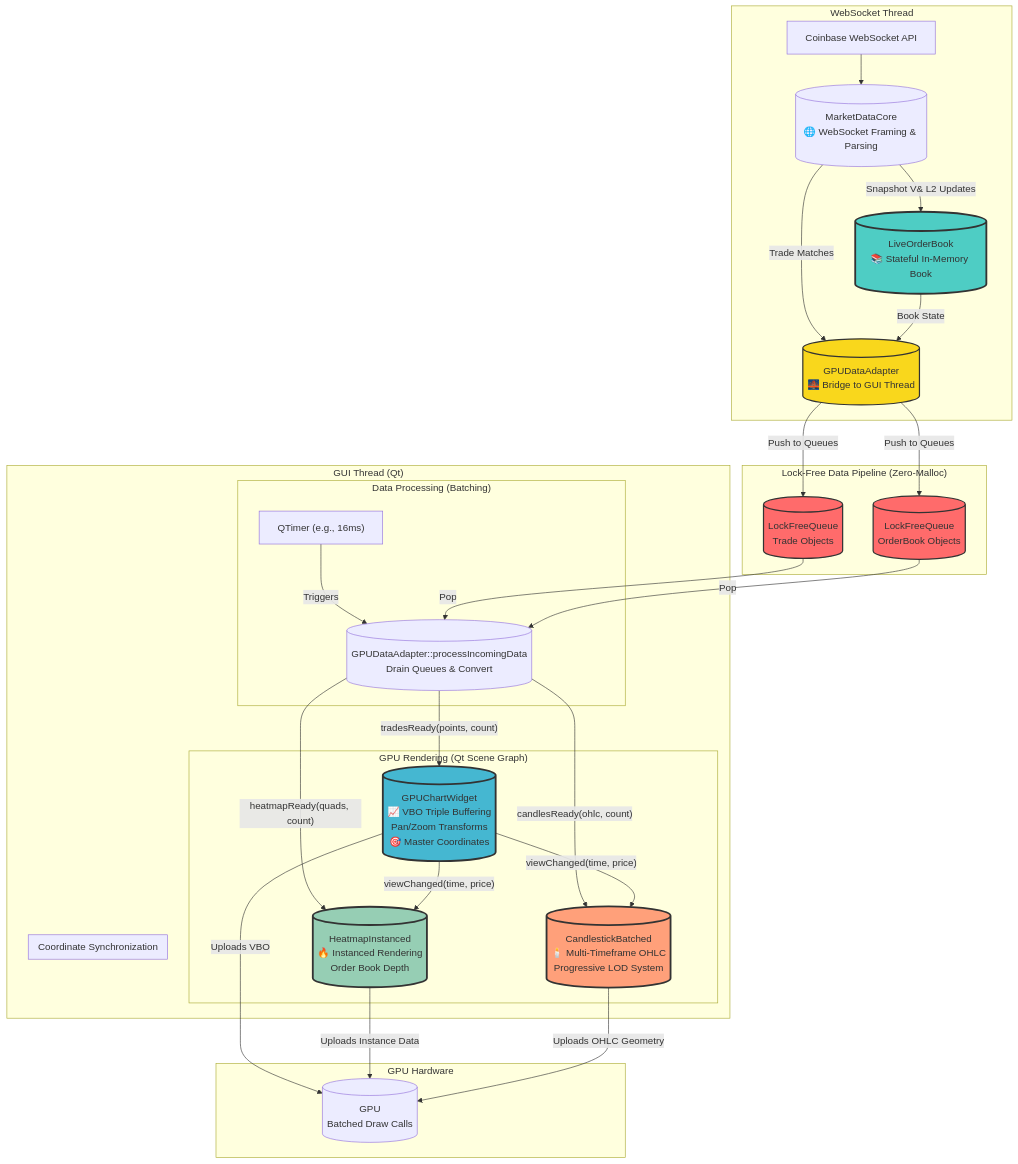
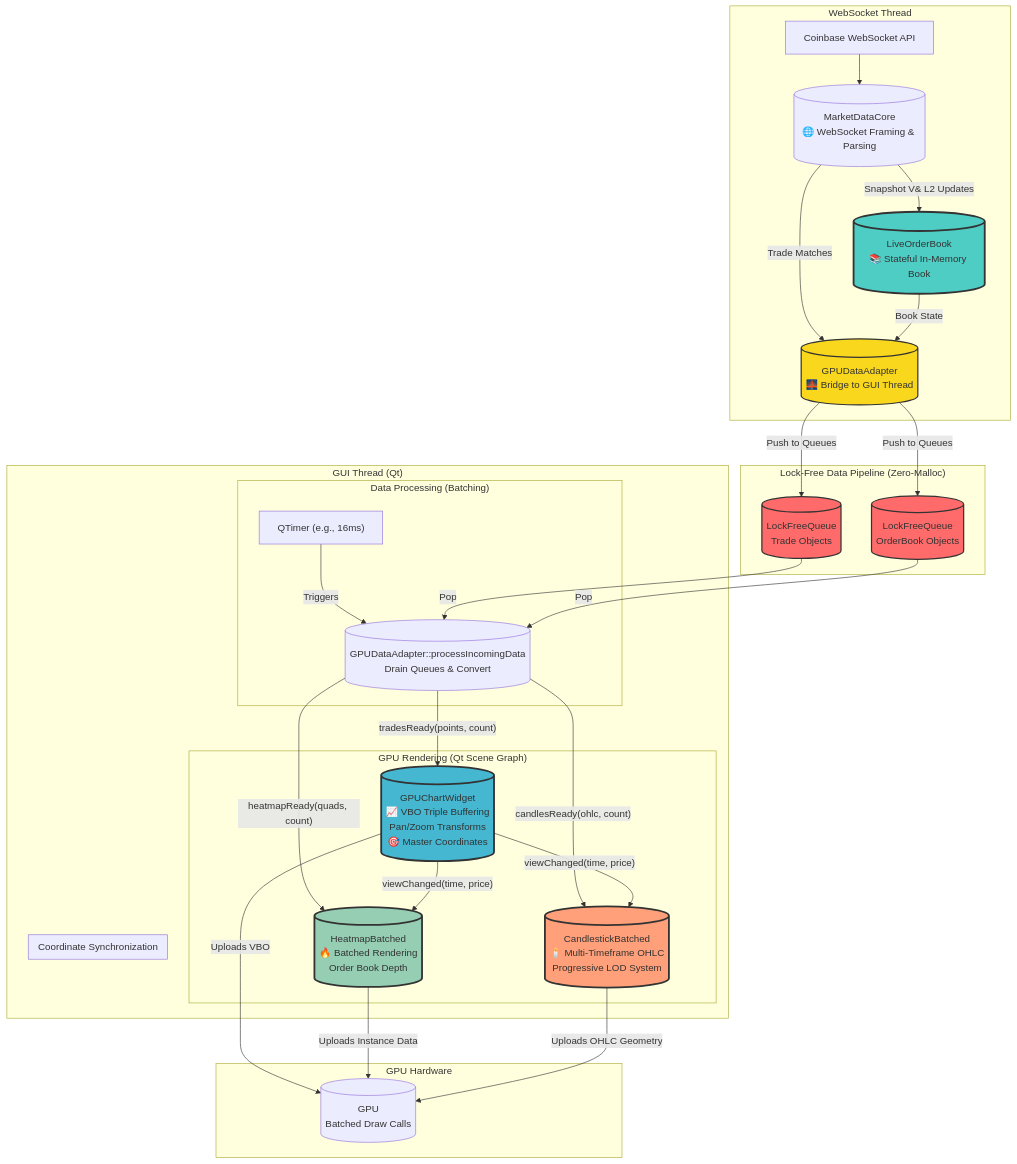
Before and after one commit to pattty847/Sentinel: the diagram in docs/02_ARCHITECTURE.md, drawn with Mermaid. The commit also changed other lines of this file and 15 other files, not shown here.

Commit message:
🚀 BREAKTHROUGH: FastOrderBook optimization achieves 19.2ns performance - Memory bandwidth limited! Updated README with 52M ops/sec, eliminated timestamp syscalls, 50% memory reduction, compiler optimizations.

````diff
--- a/docs/02_ARCHITECTURE.md
+++ b/docs/02_ARCHITECTURE.md
@@ -3,51 +3,51 @@
 ```mermaid
 graph TD
     subgraph "WebSocket Thread"
         WS["Coinbase WebSocket API"] --> CORE[("MarketDataCore<br>🌐 WebSocket Framing & Parsing")];
         CORE -- "Snapshot  V& L2 Updates" --> LOB[("LiveOrderBook<br>📚 Stateful In-Memory Book")];
         CORE -- "Trade Matches" --> ADAPTER[("GPUDataAdapter<br>🌉 Bridge to GUI Thread")];
         LOB -- "Book State" --> ADAPTER;
     end
 
     subgraph "Lock-Free Data Pipeline (Zero-Malloc)"
         ADAPTER -- "Push to Queues" --> TRADES_Q[("LockFreeQueue<br>Trade Objects")];
         ADAPTER -- "Push to Queues" --> BOOK_Q[("LockFreeQueue<br>OrderBook Objects")];
     end
 
     subgraph "GUI Thread (Qt)"
         subgraph "Data Processing (Batching)"
             PROC_TIMER["QTimer (e.g., 16ms)"] --> |"Triggers"| BATCH_PROC[("GPUDataAdapter::processIncomingData<br>Drain Queues & Convert")];
             TRADES_Q --> |"Pop"| BATCH_PROC;
             BOOK_Q --> |"Pop"| BATCH_PROC;
         end
 
         subgraph "GPU Rendering (Qt Scene Graph)"
             GPU_CHART[("GPUChartWidget<br>📈 VBO Triple Buffering<br>Pan/Zoom Transforms<br>🎯 Master Coordinates")];
-            HEATMAP[("HeatmapInstanced<br>🔥 Instanced Rendering<br>Order Book Depth")];
+            HEATMAP[("HeatmapBatched<br>🔥 Batched Rendering<br>Order Book Depth")];
             CANDLES[("CandlestickBatched<br>🕯️ Multi-Timeframe OHLC<br>Progressive LOD System")];
         end
 
         BATCH_PROC -- "tradesReady(points, count)" --> GPU_CHART;
         BATCH_PROC -- "heatmapReady(quads, count)" --> HEATMAP;
         BATCH_PROC -- "candlesReady(ohlc, count)" --> CANDLES;
 
         subgraph "Coordinate Synchronization"
             GPU_CHART -- "viewChanged(time, price)" --> HEATMAP;
             GPU_CHART -- "viewChanged(time, price)" --> CANDLES;
         end
     end
 
     subgraph "GPU Hardware"
         GPU_CHART -- "Uploads VBO" --> GPU[("GPU<br>Batched Draw Calls")];
         HEATMAP -- "Uploads Instance Data" --> GPU;
         CANDLES -- "Uploads OHLC Geometry" --> GPU;
     end
 
     style LOB fill:#4ECDC4,stroke:#333,stroke-width:3px
     style ADAPTER fill:#f9d71c,stroke:#333,stroke-width:2px
     style TRADES_Q fill:#FF6B6B,stroke:#333,stroke-width:2px
     style BOOK_Q fill:#FF6B6B,stroke:#333,stroke-width:2px
     style GPU_CHART fill:#45B7D1,stroke:#333,stroke-width:3px
     style HEATMAP fill:#96CEB4,stroke:#333,stroke-width:3px
     style CANDLES fill:#FFA07A,stroke:#333,stroke-width:3px
 ```
````
